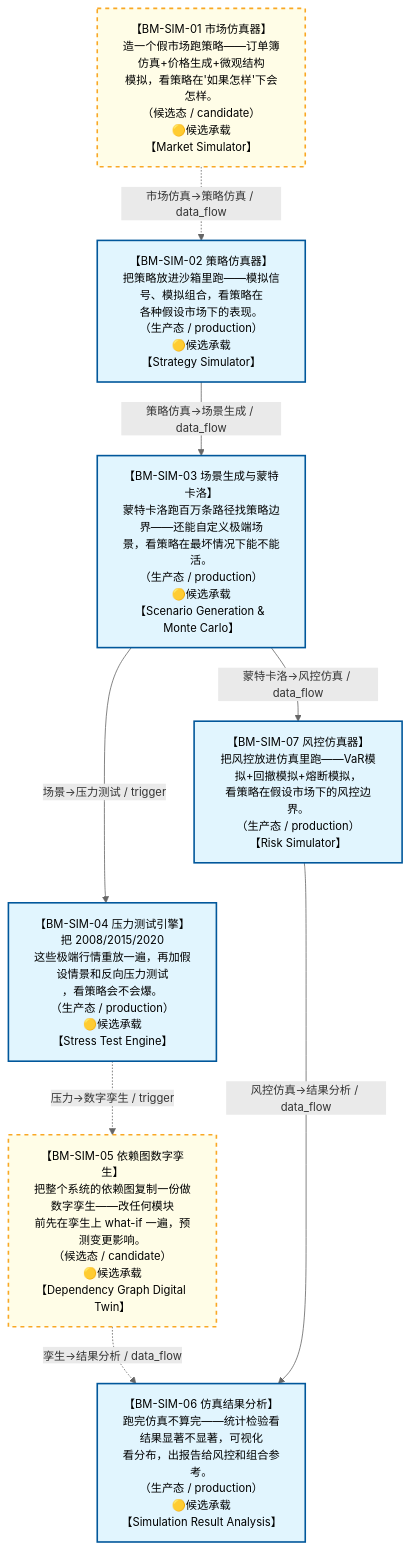
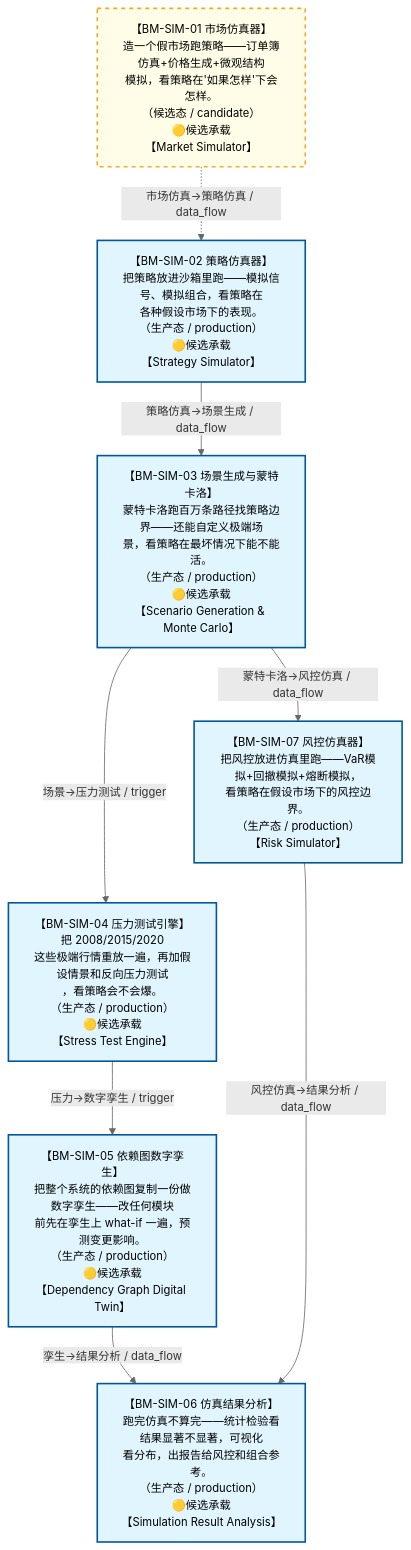
One commit to xuanFelixVan/ZephyrAlpha changed the diagram in docs/02_enterprise_architecture/07_trading_decision_architecture/battle_map/battle_map_04_simulation_validation.md. Above: the diagram before and after it, drawn with Mermaid. The commit also changed other lines of this file and 10 other files, not shown here.

````diff
--- a/docs/02_enterprise_architecture/07_trading_decision_architecture/battle_map/battle_map_04_simulation_validation.md
+++ b/docs/02_enterprise_architecture/07_trading_decision_architecture/battle_map/battle_map_04_simulation_validation.md
@@ -41,27 +41,27 @@
 ```mermaid
 %%{init: {'theme': 'base', 'themeVariables': {'primaryColor': '#eaeaea', 'primaryTextColor': '#333333', 'primaryBorderColor': '#666666', 'lineColor': '#666666', 'secondaryColor': '#eaeaea', 'tertiaryColor': '#eaeaea', 'clusterBkg': 'transparent', 'clusterBorder': 'transparent', 'fontSize': '14px'}}}%%
 %% 仿真验证阶段图
 flowchart TD
     BM_SIM_01["【BM-SIM-01 市场仿真器】<br/>造一个假市场跑策略——订单簿仿真+价格生成+微观结构<br/>模拟，看策略在'如果怎样'下会怎样。<br/>（候选态 / candidate）<br/>🟡候选承载<br/>【Market Simulator】"]
     BM_SIM_02["【BM-SIM-02 策略仿真器】<br/>把策略放进沙箱里跑——模拟信号、模拟组合，看策略在<br/>各种假设市场下的表现。<br/>（生产态 / production）<br/>🟡候选承载<br/>【Strategy Simulator】"]
     BM_SIM_03["【BM-SIM-03 场景生成与蒙特卡洛】<br/>蒙特卡洛跑百万条路径找策略边界——还能自定义极端场<br/>景，看策略在最坏情况下能不能活。<br/>（生产态 / production）<br/>🟡候选承载<br/>【Scenario Generation &amp; Monte Carlo】"]
     BM_SIM_07["【BM-SIM-07 风控仿真器】<br/>把风控放进仿真里跑——VaR模拟+回撤模拟+熔断模拟，<br/>看策略在假设市场下的风控边界。<br/>（生产态 / production）<br/>【Risk Simulator】"]
     BM_SIM_04["【BM-SIM-04 压力测试引擎】<br/>把 2008/2015/2020<br/>这些极端行情重放一遍，再加假设情景和反向压力测试<br/>，看策略会不会爆。<br/>（生产态 / production）<br/>🟡候选承载<br/>【Stress Test Engine】"]
-    BM_SIM_05["【BM-SIM-05 依赖图数字孪生】<br/>把整个系统的依赖图复制一份做数字孪生——改任何模块<br/>前先在孪生上 what-if 一遍，预测变更影响。<br/>（候选态 / candidate）<br/>🟡候选承载<br/>【Dependency Graph Digital Twin】"]
+    BM_SIM_05["【BM-SIM-05 依赖图数字孪生】<br/>把整个系统的依赖图复制一份做数字孪生——改任何模块<br/>前先在孪生上 what-if 一遍，预测变更影响。<br/>（生产态 / production）<br/>🟡候选承载<br/>【Dependency Graph Digital Twin】"]
     BM_SIM_06["【BM-SIM-06 仿真结果分析】<br/>跑完仿真不算完——统计检验看结果显著不显著，可视化<br/>看分布，出报告给风控和组合参考。<br/>（生产态 / production）<br/>🟡候选承载<br/>【Simulation Result Analysis】"]
     BM_SIM_07 ~~~ BM_SIM_04
     BM_SIM_01 -.->|市场仿真→策略仿真 / data_flow| BM_SIM_02
     BM_SIM_02 -->|策略仿真→场景生成 / data_flow| BM_SIM_03
     BM_SIM_03 -->|场景→压力测试 / trigger| BM_SIM_04
-    BM_SIM_04 -.->|压力→数字孪生 / trigger| BM_SIM_05
-    BM_SIM_05 -.->|孪生→结果分析 / data_flow| BM_SIM_06
+    BM_SIM_04 -->|压力→数字孪生 / trigger| BM_SIM_05
+    BM_SIM_05 -->|孪生→结果分析 / data_flow| BM_SIM_06
     BM_SIM_03 -->|蒙特卡洛→风控仿真 / data_flow| BM_SIM_07
     BM_SIM_07 -->|风控仿真→结果分析 / data_flow| BM_SIM_06
 classDef production fill:#e1f5fe,stroke:#01579b,stroke-width:2px,color:#000
 classDef design fill:#fff3e0,stroke:#e65100,stroke-width:2px,color:#000,stroke-dasharray: 5 5
 classDef deprecated fill:#ffebee,stroke:#c62828,stroke-width:2px,color:#000
 classDef missing fill:#eeeeee,stroke:#9e9e9e,stroke-width:2px,color:#000
 classDef candidate fill:#fffde7,stroke:#f9a825,stroke-width:2px,color:#000,stroke-dasharray: 5 5
-    class BM_SIM_02,BM_SIM_03,BM_SIM_07,BM_SIM_04,BM_SIM_06 production
-    class BM_SIM_01,BM_SIM_05 candidate
+    class BM_SIM_02,BM_SIM_03,BM_SIM_07,BM_SIM_04,BM_SIM_05,BM_SIM_06 production
+    class BM_SIM_01 candidate
 ```
````
